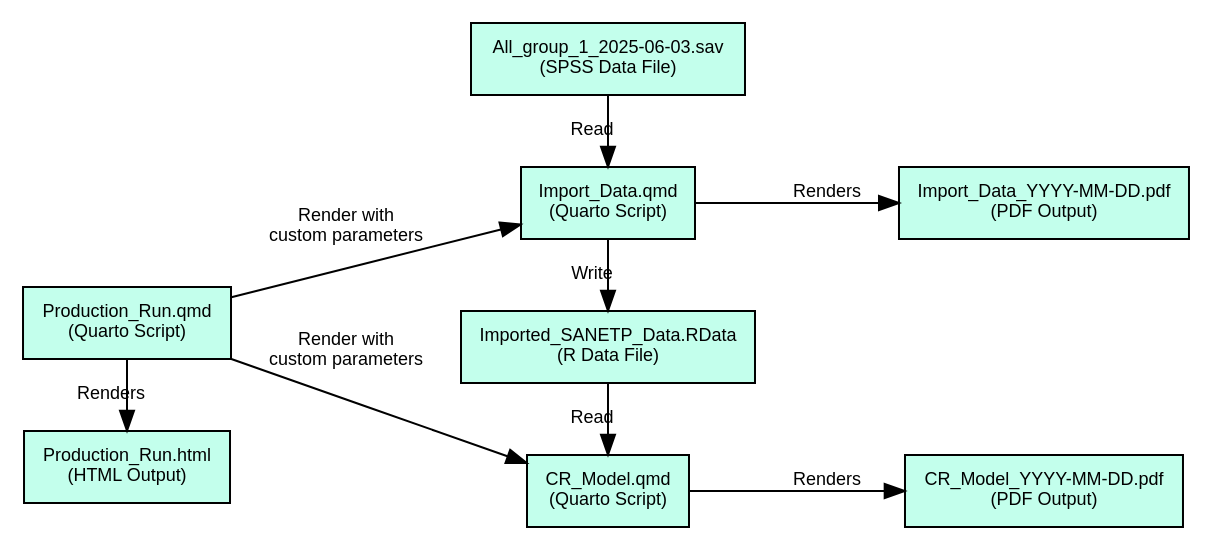
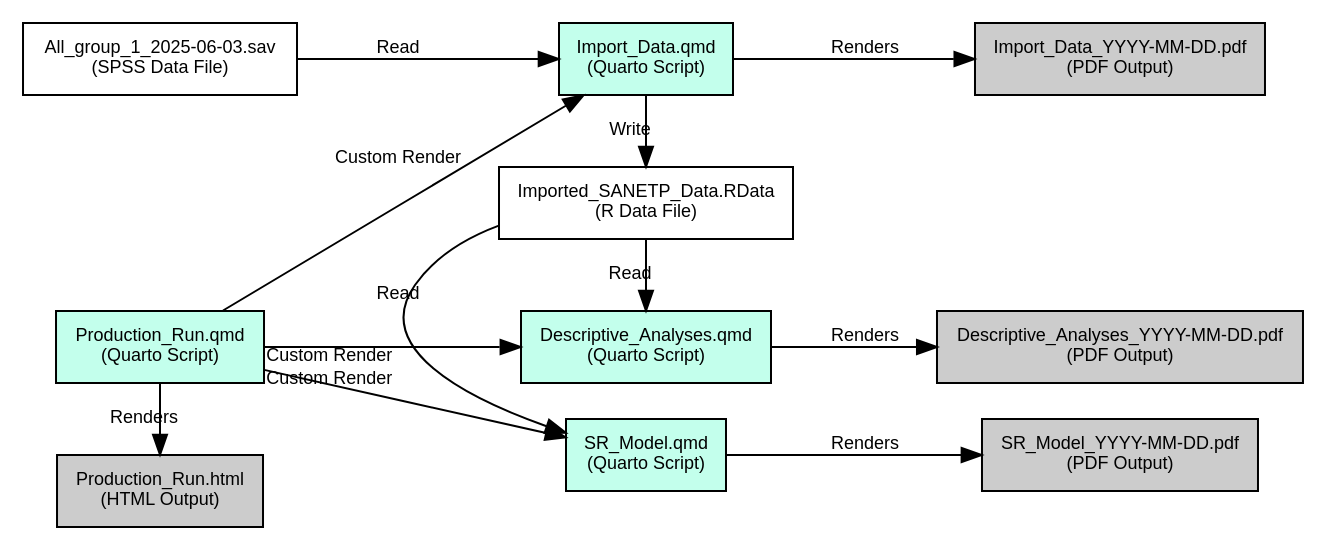
One commit to sjpierce/SANETPA changed the diagram in scripts/Production_Run.qmd. Above: the diagram before and after it, drawn with Graphviz. The commit also changed other lines of this file, not shown here.

Commit message:
Updated workflow diagram.

````diff
--- a/scripts/Production_Run.qmd
+++ b/scripts/Production_Run.qmd
@@ -111,33 +111,39 @@
 ```{dot}
 //| label: fig-production
-//| fig-cap: "Data Flow Diagram"
+//| fig-cap: "Production Workflow Diagram"
 //| fig-width: 7
 //| fig-height: 3.5
 
 digraph Production {
 rankdir="LR";
 
 node [shape = "box", style= "filled", fontname = "Arial", fontsize = 9, fillcolor = "#C3FFEC"]
-Script2 [label = "CR_Model.qmd\n(Quarto Script)"]
-HTML2 [label = "CR_Model_YYYY-MM-DD.pdf\n(PDF Output)"]
-Script1 [label = "Import_Data.qmd\n(Quarto Script)"]
-RawData [label = "All_group_1_2025-06-03.sav\n(SPSS Data File)"]
-FinalData [label = "Imported_SANETP_Data.RData\n(R Data File)"]
-HTML1 [label = "Import_Data_YYYY-MM-DD.pdf\n(PDF Output)"]
-HTML0 [label = "Production_Run.html\n(HTML Output)"]
-Script0 [label = "Production_Run.qmd\n(Quarto Script)"]
+DAS [label = "Descriptive_Analyses.qmd\n(Quarto Script)"]
+DAO [label = "Descriptive_Analyses_YYYY-MM-DD.pdf\n(PDF Output)", fillcolor = "grey80"]
+SRS [label = "SR_Model.qmd\n(Quarto Script)"]
+SRO [label = "SR_Model_YYYY-MM-DD.pdf\n(PDF Output)", fillcolor = "grey80"]
+IDS [label = "Import_Data.qmd\n(Quarto Script)"]
+RawData [label = "All_group_1_2025-06-03.sav\n(SPSS Data File)", fillcolor = "white"]
+FinalData [label = "Imported_SANETP_Data.RData\n(R Data File)", fillcolor = "white"]
+IDO [label = "Import_Data_YYYY-MM-DD.pdf\n(PDF Output)", fillcolor = "grey80"]
+PRO [label = "Production_Run.html\n(HTML Output)", fillcolor = "grey80"]
+PRS [label = "Production_Run.qmd\n(Quarto Script)"]
 
 edge [fontname = "Arial", fontsize = 9]
-Script0 -> Script1 [label = "Render with\ncustom parameters"]
-Script0 -> Script2 [label = "Render with\ncustom parameters"]
-RawData -> Script1 [label = "Read"]
-Script0 -> HTML0 [label = "Renders"]
-Script1 -> HTML1 [label = "Renders"]
-Script1 -> FinalData [label = "Write"]
-FinalData -> Script2 [label = "Read"]
-Script2 -> HTML2 [label = "Renders"]
+PRS -> IDS [label = "Custom Render"]
+PRS -> DAS [taillabel = "Custom Render"]
+PRS -> SRS [taillabel = "Custom Render"]
+RawData -> IDS [label = "Read"]
+PRS -> PRO [label = "Renders"]
+IDS -> IDO [label = "Renders"]
+IDS -> FinalData [label = "Write"]
+FinalData -> DAS [label = "Read"]
+DAS -> DAO [label = "Renders"]
+FinalData -> SRS [label = "Read"]
+SRS -> SRO [label = "Renders"]
 
-{ rank=same; RawData; Script2; Script1; FinalData}
-{ rank=same; Script0; HTML0}
+{ rank=same; IDS; FinalData; DAS; SRS}
+{ rank=same; IDO; DAO; SRO}
+{ rank=same; RawData; PRS; PRO}
 }
 ```
````
